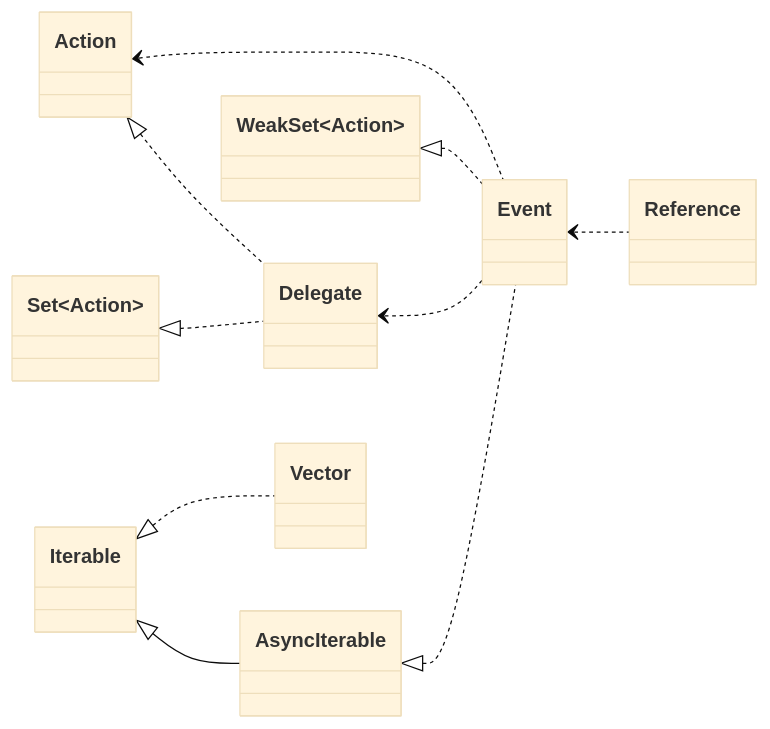
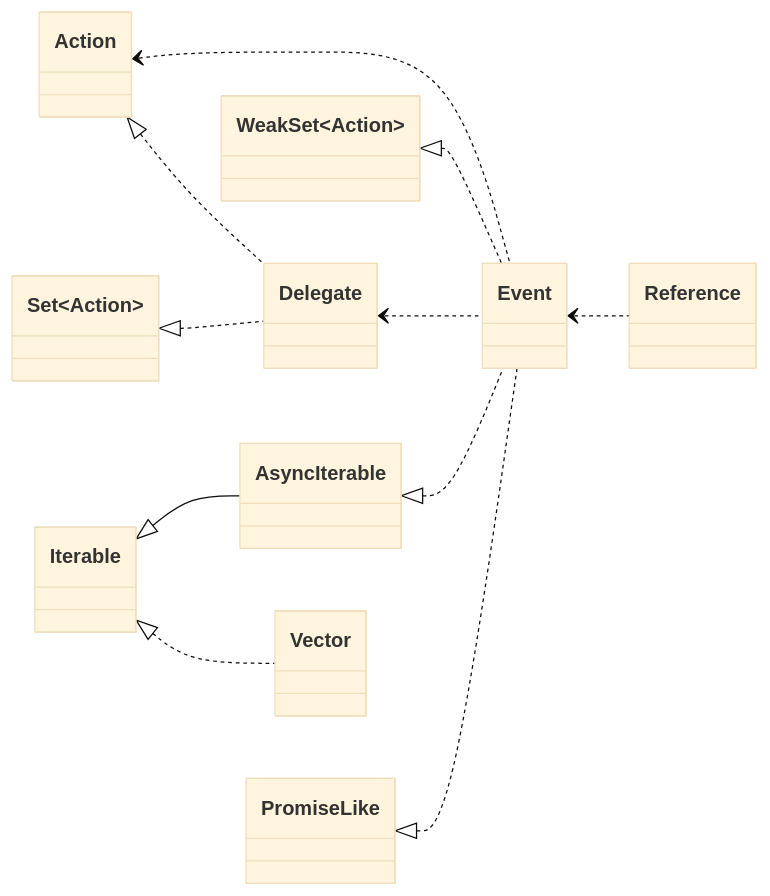
The fourth of 4 diagrams in README.md (domrally/peekeasy), drawn with Mermaid (base theme) before and after one commit.

````diff
--- a/README.md
+++ b/README.md
@@ -204,19 +204,20 @@
 ```mermaid
 classDiagram
     direction LR
     Action <.. Event
     Action <|.. Delegate
     Set~Action~ <|.. Delegate
     WeakSet~Action~ <|.. Event
     Delegate <.. Event
     AsyncIterable <|.. Event
+    PromiseLike <|.. Event
     Event <.. Reference
     Iterable <|-- AsyncIterable
     Iterable <|.. Vector
     class Delegate
     link Delegate "https://github.com/domrally/peekeasy/blob/main/src/delegate.ts" "delegate.ts"
     class Event
     link Event "https://github.com/domrally/peekeasy/blob/main/src/event.ts" "event.ts"
     class Vector
     link Vector "https://github.com/domrally/peekeasy/blob/main/src/vector.ts" "vector.ts"
 ```
````
